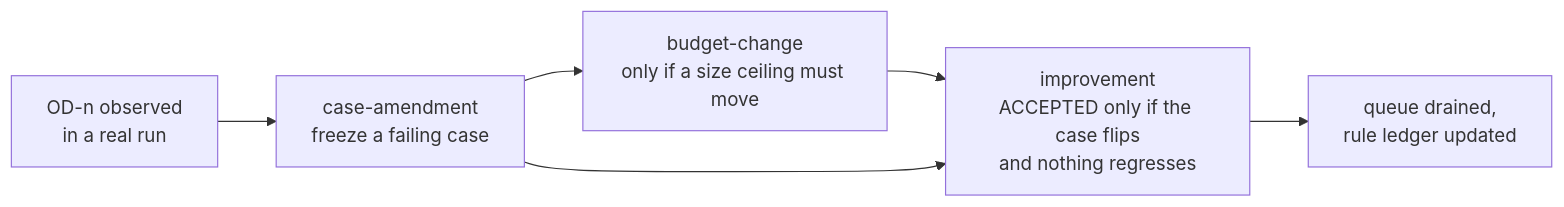
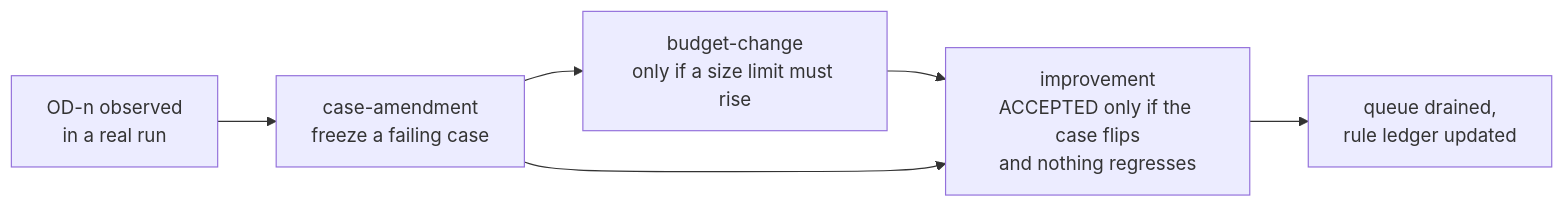
The fourth of 4 diagrams in README.md (migaia/sdd-generate), drawn with Mermaid before and after one commit. The commit also changed other lines of this file and 22 other files, not shown here.

````diff
--- a/README.md
+++ b/README.md
@@ -230,8 +217,8 @@
 ```mermaid
 flowchart LR
   O["OD-n observed<br/>in a real run"] --> CA["case-amendment<br/>freeze a failing case"]
-  CA --> BC["budget-change<br/>only if a size ceiling must move"]
+  CA --> BC["budget-change<br/>only if a size limit must rise"]
   BC --> IM["improvement<br/>ACCEPTED only if the case flips<br/>and nothing regresses"]
   CA --> IM
   IM --> Q["queue drained,<br/>rule ledger updated"]
 ```
````
